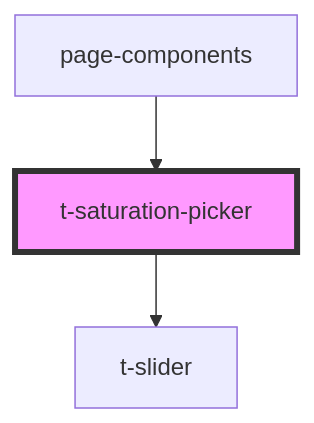
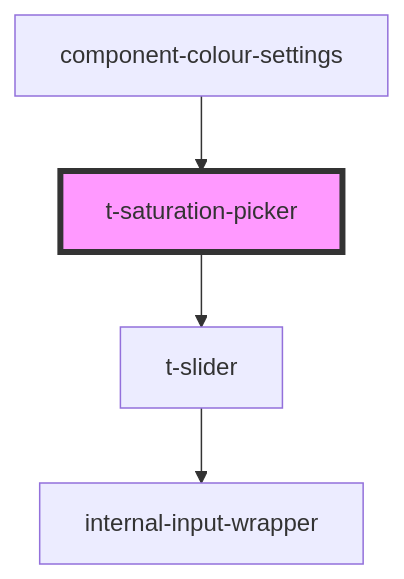
Before and after one commit to TomasEng/web-components: the diagram in packages/stencil/src/components/t-saturation-picker/readme.md, drawn with Mermaid. The commit also changed other lines of this file and 19 other files, not shown here.

````diff
--- a/packages/stencil/src/components/t-saturation-picker/readme.md
+++ b/packages/stencil/src/components/t-saturation-picker/readme.md
@@ -34,6 +34,7 @@
 ```mermaid
 graph TD;
   t-saturation-picker --> t-slider
-  page-components --> t-saturation-picker
+  t-slider --> internal-input-wrapper
+  component-colour-settings --> t-saturation-picker
   style t-saturation-picker fill:#f9f,stroke:#333,stroke-width:4px
 ```
````
